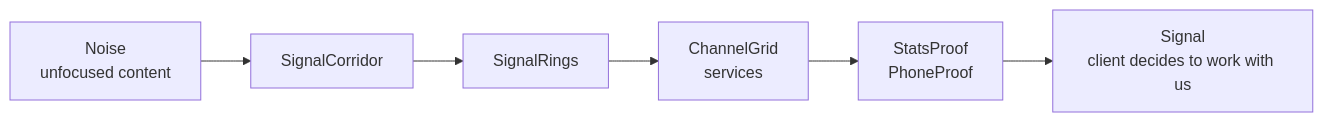
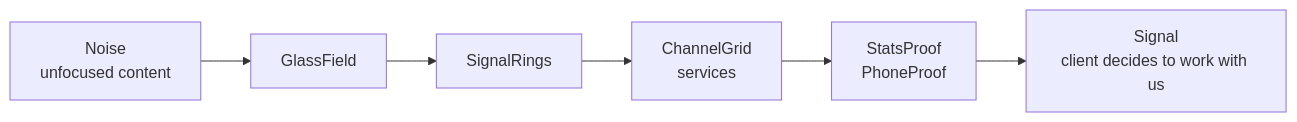
Before and after one commit to sbktckp/NexElite: the diagram in README.md, drawn with Mermaid. The commit also changed other lines of this file, not shown here.

Commit message:
README: glass field replaces the corridor

````diff
--- a/README.md
+++ b/README.md
@@ -29,8 +29,8 @@
 ```mermaid
 flowchart LR
-    A[Noise\nunfocused content] --> B[SignalCorridor]
+    A[Noise\nunfocused content] --> B[GlassField]
     B --> C[SignalRings]
     C --> D[ChannelGrid\nservices]
     D --> E[StatsProof\nPhoneProof]
     E --> F[Signal\nclient decides to work with us]
 ```
````
